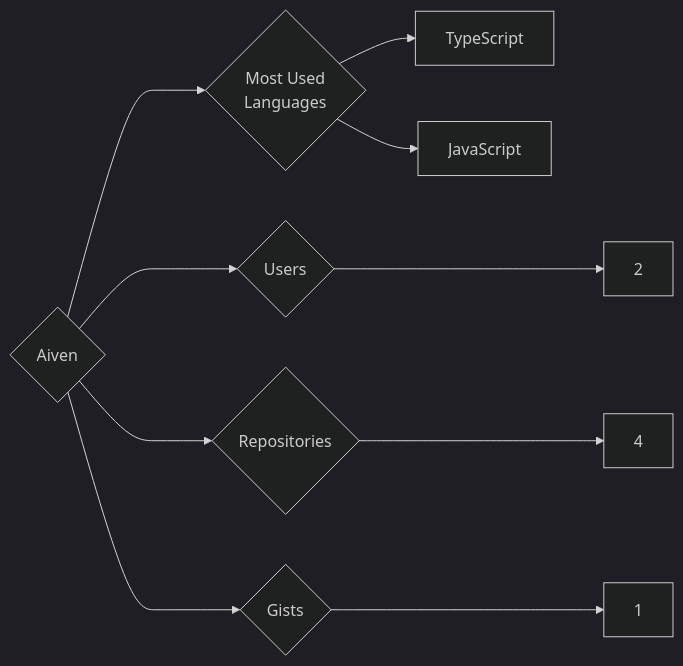
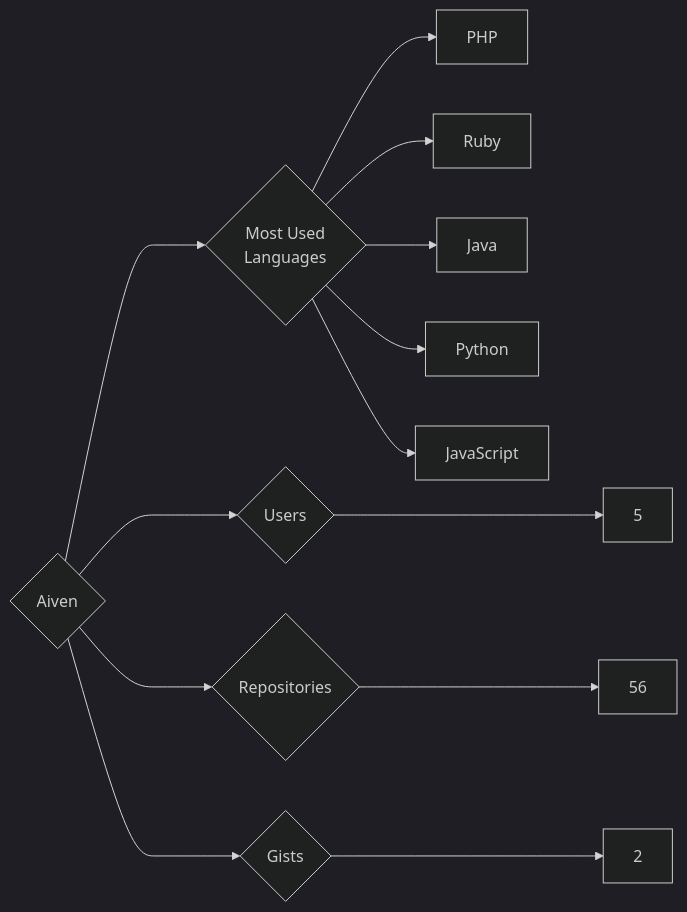
The diagram in targets/Aiven/README.md (trickest/insiders), drawn with Mermaid (dark theme) before and after one commit. The commit also changed 942 other files, not shown here.

````diff
--- a/targets/Aiven/README.md
+++ b/targets/Aiven/README.md
@@ -3,10 +3,13 @@
 ```mermaid
 graph LR
 COMPANY_NAME{Aiven}
-COMPANY_NAME ---> U{Users} ---> UN[2]
-COMPANY_NAME ---> R{Repositories} ---> RN[4]
-COMPANY_NAME ---> G{Gists} ---> GN[1]
+COMPANY_NAME ---> U{Users} ---> UN[5]
+COMPANY_NAME ---> R{Repositories} ---> RN[56]
+COMPANY_NAME ---> G{Gists} ---> GN[2]
 COMPANY_NAME ---> ML{Most Used<br>Languages}
-ML --> TypeScript[TypeScript]
+ML --> PHP[PHP]
+ML --> Ruby[Ruby]
+ML --> Java[Java]
+ML --> Python[Python]
 ML --> JavaScript[JavaScript]
 ```
````
